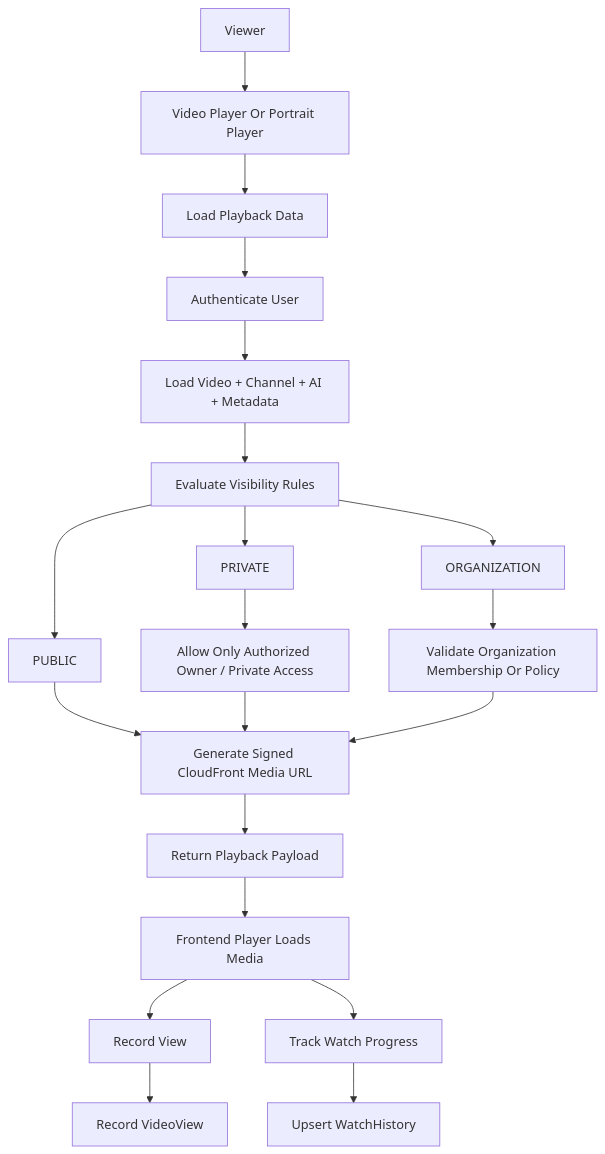
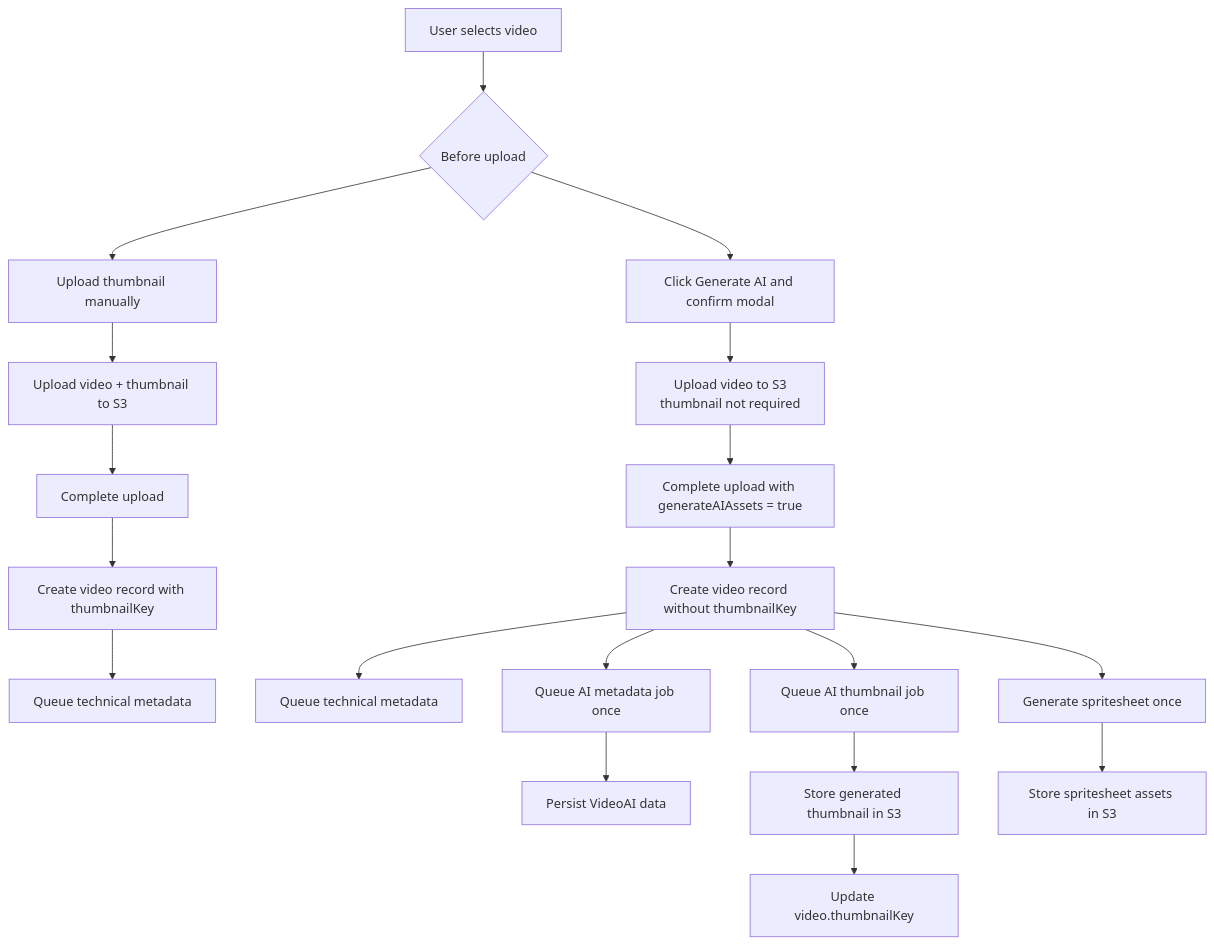
One commit to samakshrastogi/SK-MediaFlow changed the second of 2 diagrams in README.md. Above: the diagram before and after it, drawn with Mermaid. The commit also changed other lines of this file and 1 other file, not shown here.

````diff
--- a/README.md
+++ b/README.md
@@ -333,26 +137,26 @@
 ```mermaid
 flowchart TD
-    U["Viewer"] --> PAGE["Video Player Or Portrait Player"]
-    PAGE --> FETCH["Load Playback Data"]
-    FETCH --> AUTH["Authenticate User"]
-    AUTH --> LOOKUP["Load Video + Channel + AI + Metadata"]
-    LOOKUP --> VIS["Evaluate Visibility Rules"]
+    V["User selects video"] --> CHOICE{"Before upload"}
+    CHOICE --> MANUAL["Upload thumbnail manually"]
+    CHOICE --> AISEL["Click Generate AI and confirm modal"]
 
-    VIS --> PUB["PUBLIC"]
-    VIS --> PRI["PRIVATE"]
-    VIS --> ORG["ORGANIZATION"]
+    MANUAL --> UPLOAD1["Upload video + thumbnail to S3"]
+    AISEL --> UPLOAD2["Upload video to S3<br/>thumbnail not required"]
 
-    PUB --> SIGN["Generate Signed CloudFront Media URL"]
-    PRI --> OWN["Allow Only Authorized Owner / Private Access"]
-    OWN --> SIGN
-    ORG --> MEMBER["Validate Organization Membership Or Policy"]
-    MEMBER --> SIGN
+    UPLOAD1 --> COMPLETE1["Complete upload"]
+    UPLOAD2 --> COMPLETE2["Complete upload with generateAIAssets = true"]
 
-    SIGN --> RESP["Return Playback Payload"]
-    RESP --> PLAYER["Frontend Player Loads Media"]
+    COMPLETE1 --> REC1["Create video record with thumbnailKey"]
+    COMPLETE2 --> REC2["Create video record without thumbnailKey"]
 
-    PLAYER --> VIEW["Record View"]
-    PLAYER --> WATCH["Track Watch Progress"]
-    VIEW --> DB["Record VideoView"]
-    WATCH --> DB2["Upsert WatchHistory"]
+    REC1 --> META1["Queue technical metadata"]
+    REC2 --> META2["Queue technical metadata"]
+    REC2 --> AI["Queue AI metadata job once"]
+    REC2 --> THUMB["Queue AI thumbnail job once"]
+    REC2 --> SPRITE["Generate spritesheet once"]
+
+    AI --> DB1["Persist VideoAI data"]
+    THUMB --> S3TH["Store generated thumbnail in S3"]
+    S3TH --> DB2["Update video.thumbnailKey"]
+    SPRITE --> S3SP["Store spritesheet assets in S3"]
 ```
````
